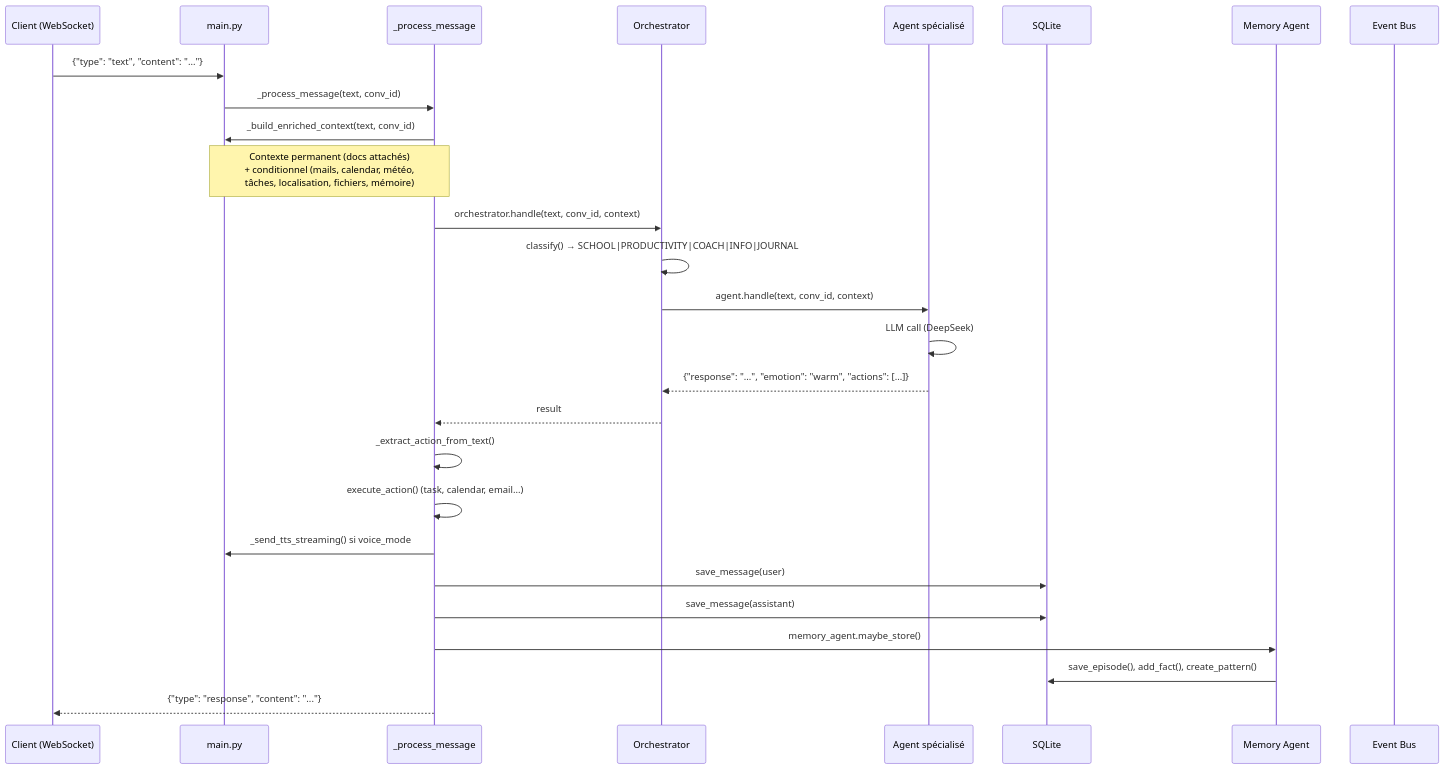
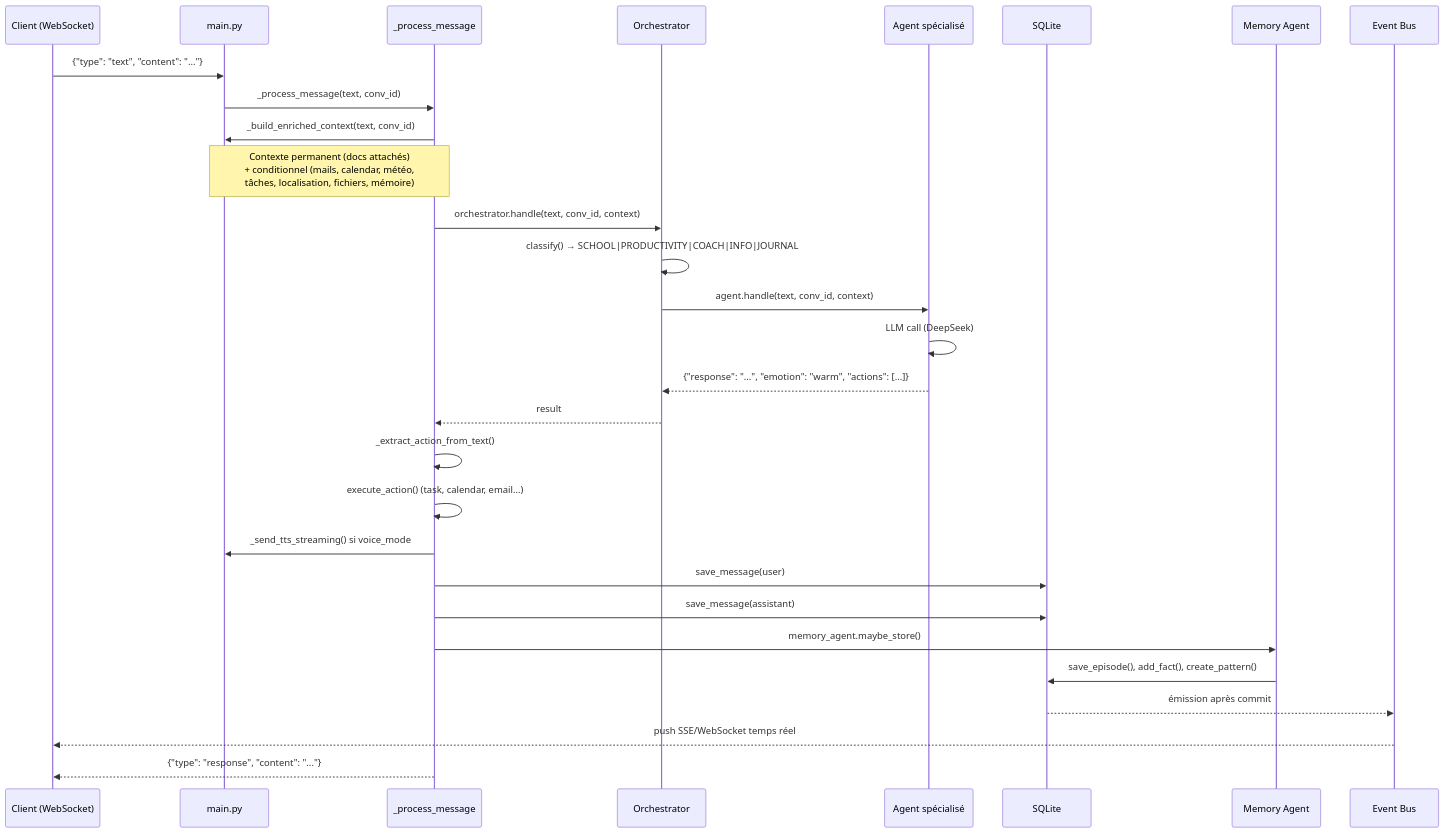
One commit to AVTAVANTTOUT2/JarvisAPI changed the second of 5 diagrams in Architecture/01_CARTOGRAPHIE.md. Above: the diagram before and after it, drawn with Mermaid. The commit also changed other lines of this file and 21 other files, not shown here.

````diff
--- a/Architecture/01_CARTOGRAPHIE.md
+++ b/Architecture/01_CARTOGRAPHIE.md
@@ -234,30 +241,32 @@
 ```mermaid
 sequenceDiagram
     participant Client as Client (WebSocket)
     participant Main as main.py
     participant Pipeline as _process_message
     participant Orch as Orchestrator
     participant Agent as Agent spécialisé
     participant DB as SQLite
     participant Memory as Memory Agent
     participant Event as Event Bus
 
     Client->>Main: {"type": "text", "content": "..."}
     Main->>Pipeline: _process_message(text, conv_id)
     Pipeline->>Main: _build_enriched_context(text, conv_id)
     Note over Pipeline,Main: Contexte permanent (docs attachés)<br/>+ conditionnel (mails, calendar, météo,<br/>tâches, localisation, fichiers, mémoire)
     Pipeline->>Orch: orchestrator.handle(text, conv_id, context)
     Orch->>Orch: classify() → SCHOOL|PRODUCTIVITY|COACH|INFO|JOURNAL
     Orch->>Agent: agent.handle(text, conv_id, context)
     Agent->>Agent: LLM call (DeepSeek)
     Agent-->>Orch: {"response": "...", "emotion": "warm", "actions": [...]}
     Orch-->>Pipeline: result
     Pipeline->>Pipeline: _extract_action_from_text()
     Pipeline->>Pipeline: execute_action() (task, calendar, email...)
     Pipeline->>Main: _send_tts_streaming() si voice_mode
     Pipeline->>DB: save_message(user)
     Pipeline->>DB: save_message(assistant)
     Pipeline->>Memory: memory_agent.maybe_store()
     Memory->>DB: save_episode(), add_fact(), create_pattern()
+    DB-->>Event: émission après commit
+    Event-->>Client: push SSE/WebSocket temps réel
     Pipeline-->>Client: {"type": "response", "content": "..."}
 ```
````
